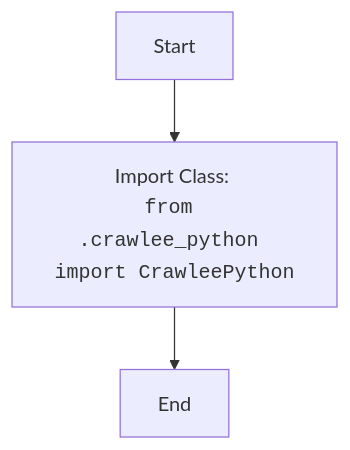
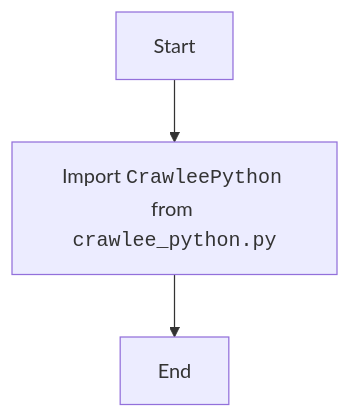
Before and after one commit to hypo69/hypo: the diagram in docs/gemini/ru/explainer/src/webdriver/crawlee_python/__init__.py.md, drawn with Mermaid. The commit also changed other lines of this file and 1505 other files, not shown here.

````diff
--- a/docs/gemini/ru/explainer/src/webdriver/crawlee_python/__init__.py.md
+++ b/docs/gemini/ru/explainer/src/webdriver/crawlee_python/__init__.py.md
@@ -10,5 +12,5 @@
 ```mermaid
 flowchart TD
-    Start --> ImportCrawleePython[Import Class: <br><code>from .crawlee_python import CrawleePython</code>];
-    ImportCrawleePython --> End;
+    Start[Start] --> ImportCrawleePython[Import <code>CrawleePython</code> from <code>crawlee_python.py</code>]
+    ImportCrawleePython --> End[End]
 ```
````
